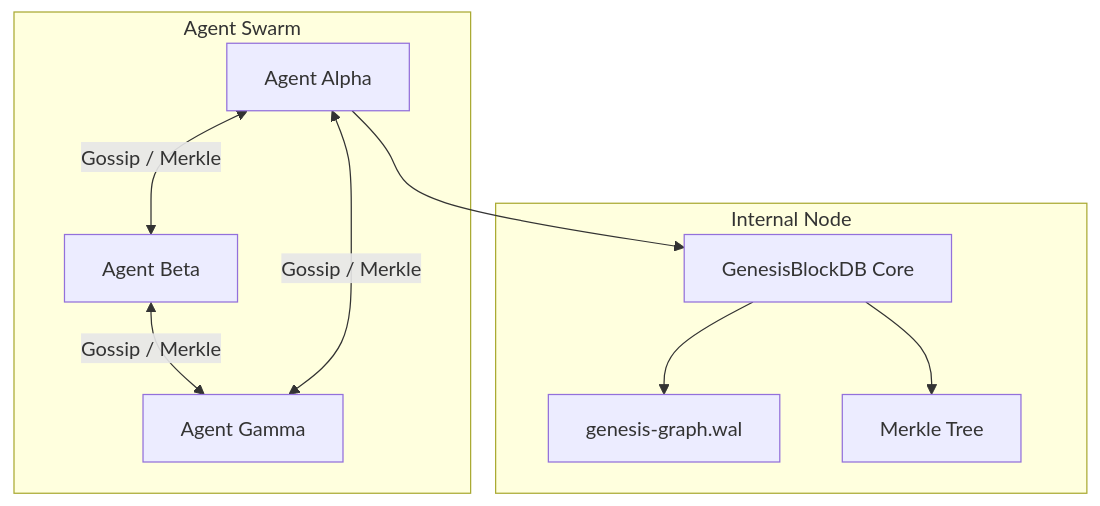
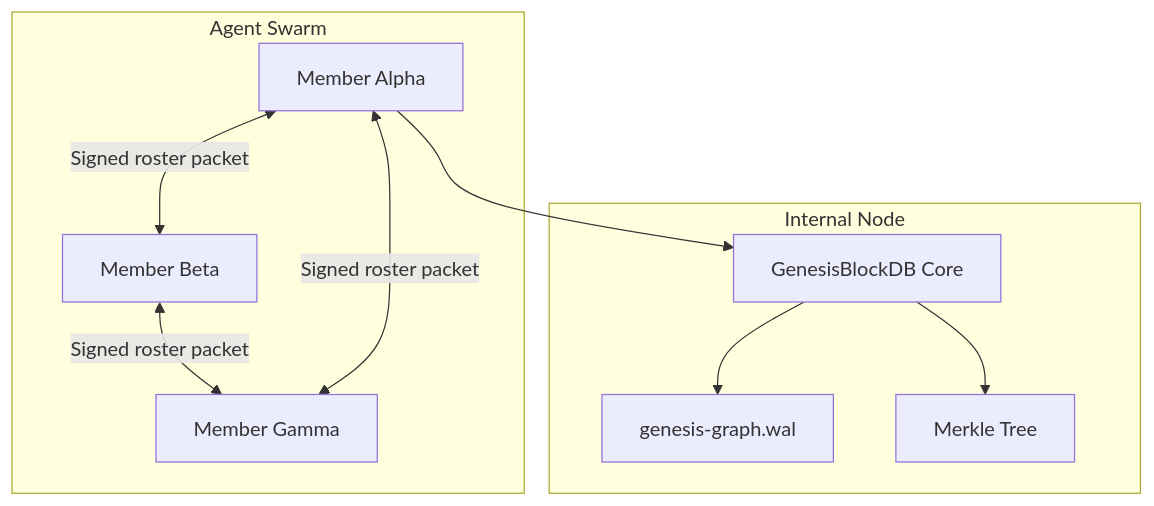
One commit to Freshair129/GenesisBlock changed the first of 2 diagrams in docs/SPEC--P2P-GOSSIP-PROTOCOL.md. Above: the diagram before and after it, drawn with Mermaid. The commit also changed other lines of this file and 51 other files, not shown here.

````diff
--- a/docs/SPEC--P2P-GOSSIP-PROTOCOL.md
+++ b/docs/SPEC--P2P-GOSSIP-PROTOCOL.md
@@ -29,14 +112,14 @@
 ```mermaid
 graph TD
     subgraph "Agent Swarm"
-        A[Agent Alpha] <-->|Gossip / Merkle| B[Agent Beta]
-        B <-->|Gossip / Merkle| C[Agent Gamma]
-        C <-->|Gossip / Merkle| A
+    A[Member Alpha] <-->|Signed roster packet| B[Member Beta]
+        B <-->|Signed roster packet| C[Member Gamma]
+        C <-->|Signed roster packet| A
     end
     
     subgraph "Internal Node"
         A --> DB[GenesisBlockDB Core]
         DB --> WAL[genesis-graph.wal]
         DB --> Merkle[Merkle Tree]
     end
 ```
````
